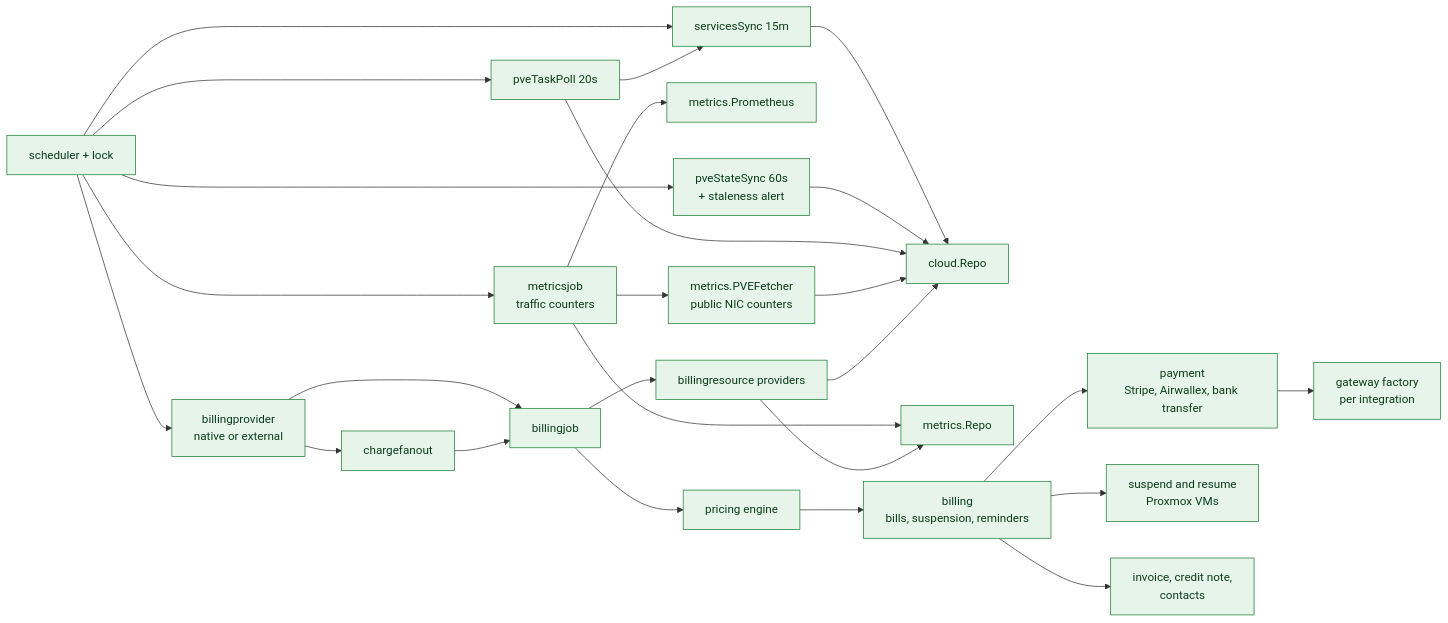
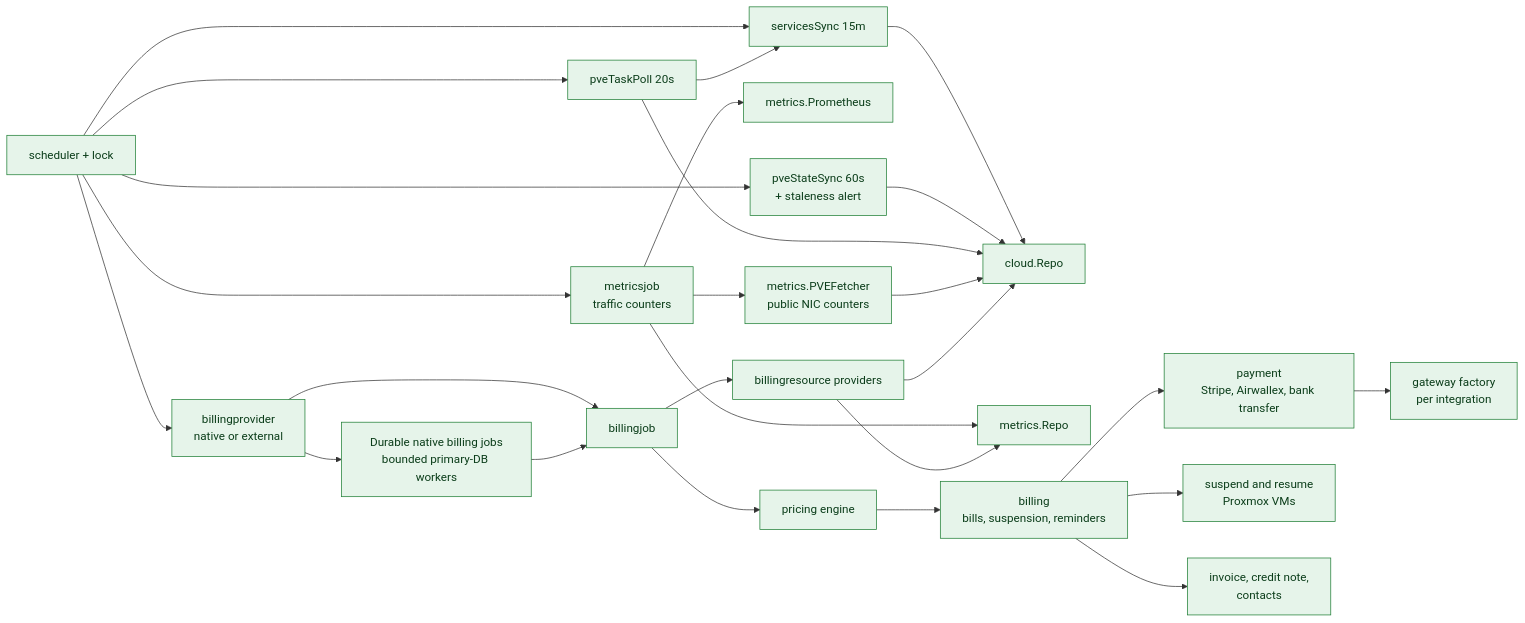
The fourth of 6 diagrams in docs/architecture/c4/c3-components.md (mutex-solutions/proxcloud), drawn with Mermaid before and after one commit. The commit also changed other lines of this file and 29 other files, not shown here.

Commit message:
feat(deploy): default durable jobs to PostgreSQL without a broker

````diff
--- a/docs/architecture/c4/c3-components.md
+++ b/docs/architecture/c4/c3-components.md
@@ -184,51 +184,51 @@
 ```mermaid
 flowchart LR
   classDef impl fill:#e6f4ea,stroke:#1e7e34,color:#0b3d1a
   classDef planned fill:#f2f2f2,stroke:#8a8a8a,stroke-dasharray:5 5,color:#555555
 
   cron["scheduler + lock"]:::impl
   sync["servicesSync 15m"]:::impl
   mj["metricsjob<br/>traffic counters"]:::impl
   prom["metrics.Prometheus"]:::impl
   repo["cloud.Repo"]:::impl
   mrepo["metrics.Repo"]:::impl
   bp["billingprovider<br/>native or external"]:::impl
-  fan["chargefanout"]:::impl
+  fan["Durable native billing jobs<br/>bounded primary-DB workers"]:::impl
   bj["billingjob"]:::impl
   br["billingresource providers"]:::impl
   price["pricing engine"]:::impl
   bill["billing<br/>bills, suspension, reminders"]:::impl
   pay["payment<br/>Stripe, Airwallex, bank transfer"]:::impl
   susp["suspend and resume<br/>Proxmox VMs"]:::impl
   state["pveStateSync 60s<br/>+ staleness alert"]:::impl
   tasks["pveTaskPoll 20s"]:::impl
   pvem["metrics.PVEFetcher<br/>public NIC counters"]:::impl
   factory["gateway factory<br/>per integration"]:::impl
   inv["invoice, credit note,<br/>contacts"]:::impl
 
   cron --> sync
   cron --> mj
   cron --> bp
   sync --> repo
   cron --> state
   cron --> tasks
   state --> repo
   tasks --> repo
   tasks --> sync
   mj --> pvem
   pvem --> repo
   mj --> prom
   mj --> mrepo
   bp --> fan
   bp --> bj
   fan --> bj
   bj --> br
   br --> repo
   br --> mrepo
   bj --> price
   price --> bill
   bill --> pay
   bill --> susp
   pay --> factory
   bill --> inv
 ```
````
